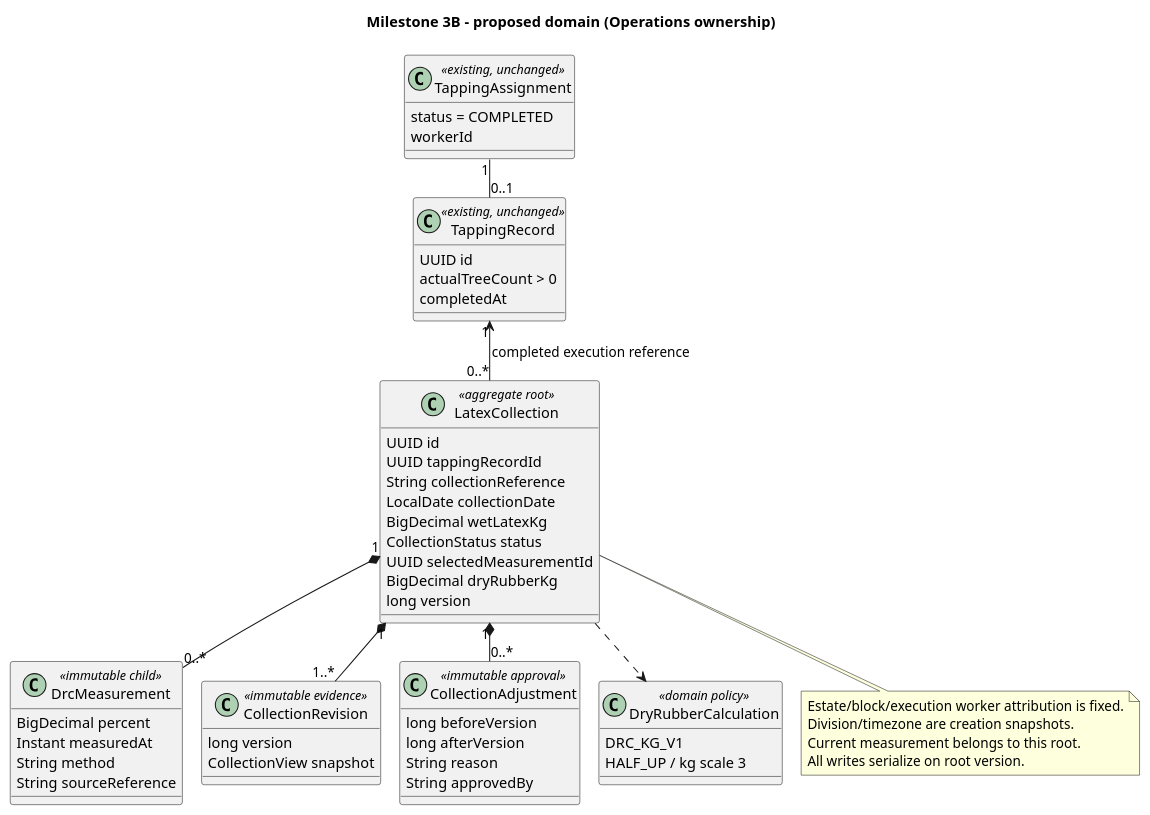
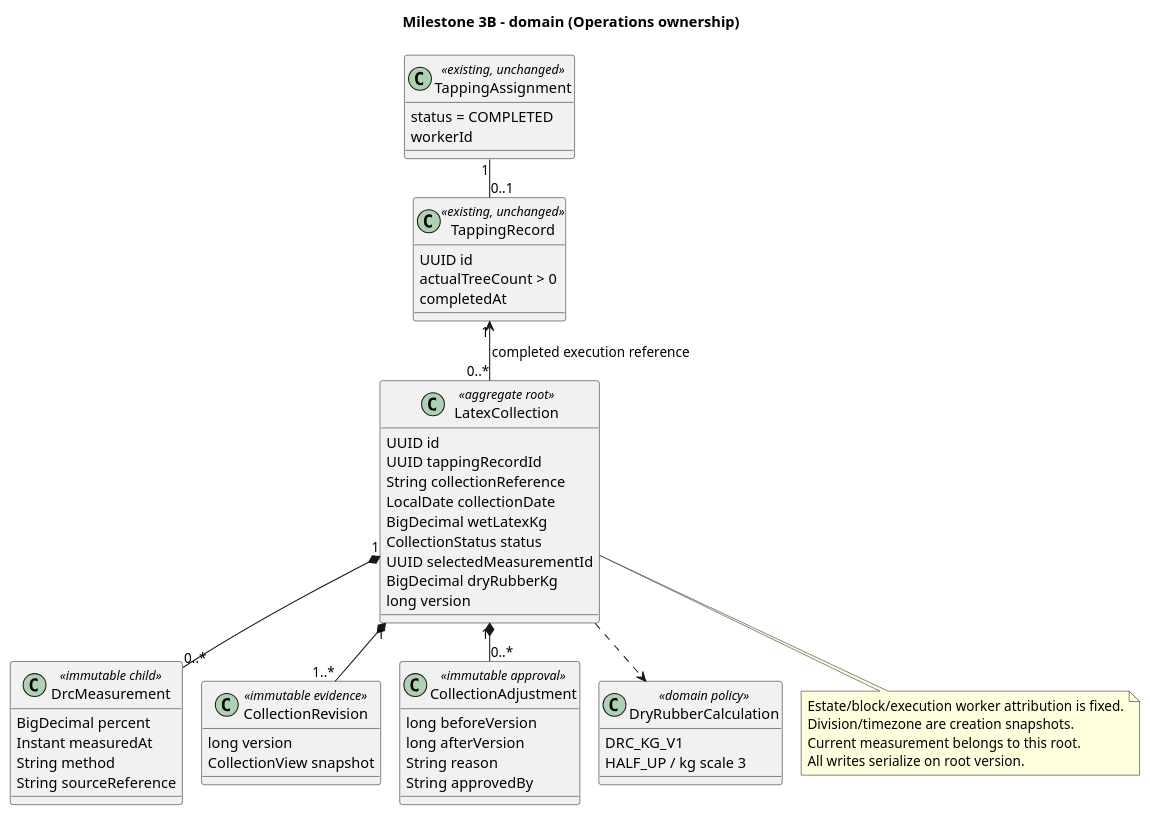
The diagram in diagrams/milestone-3b/domain.puml (swapnilpuri/agrosphere-architecture), drawn with PlantUML before and after one commit. The commit also changed 12 other files, not shown here.

```diff
--- a/diagrams/milestone-3b/domain.puml
+++ b/diagrams/milestone-3b/domain.puml
@@ -1,56 +1,56 @@
 @startuml
-title Milestone 3B - proposed domain (Operations ownership)
+title Milestone 3B - domain (Operations ownership)
 !pragma layout smetana
 class TappingAssignment <<existing, unchanged>> {
  status = COMPLETED
  workerId
 }
 class TappingRecord <<existing, unchanged>> {
  UUID id
  actualTreeCount > 0
  completedAt
 }
 class LatexCollection <<aggregate root>> {
  UUID id
  UUID tappingRecordId
  String collectionReference
  LocalDate collectionDate
  BigDecimal wetLatexKg
  CollectionStatus status
  UUID selectedMeasurementId
  BigDecimal dryRubberKg
  long version
 }
 class DrcMeasurement <<immutable child>> {
  BigDecimal percent
  Instant measuredAt
  String method
  String sourceReference
 }
 class CollectionRevision <<immutable evidence>> {
  long version
  CollectionView snapshot
 }
 class CollectionAdjustment <<immutable approval>> {
  long beforeVersion
  long afterVersion
  String reason
  String approvedBy
 }
 class DryRubberCalculation <<domain policy>> {
  DRC_KG_V1
  HALF_UP / kg scale 3
 }
 TappingAssignment "1" -- "0..1" TappingRecord
 TappingRecord "1" <-- "0..*" LatexCollection : completed execution reference
 LatexCollection "1" *-- "0..*" DrcMeasurement
 LatexCollection "1" *-- "1..*" CollectionRevision
 LatexCollection "1" *-- "0..*" CollectionAdjustment
 LatexCollection ..> DryRubberCalculation
 note bottom of LatexCollection
 Estate/block/execution worker attribution is fixed.
 Division/timezone are creation snapshots.
 Current measurement belongs to this root.
 All writes serialize on root version.
 end note
 @enduml
```
